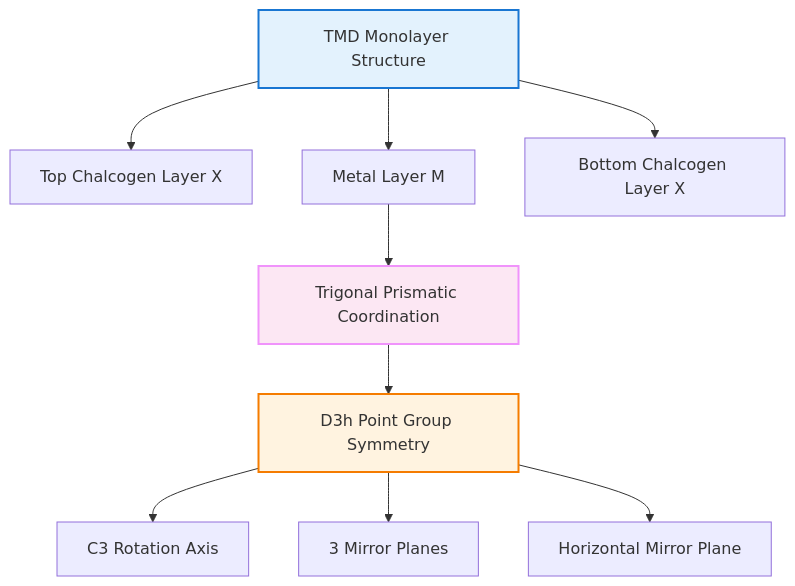
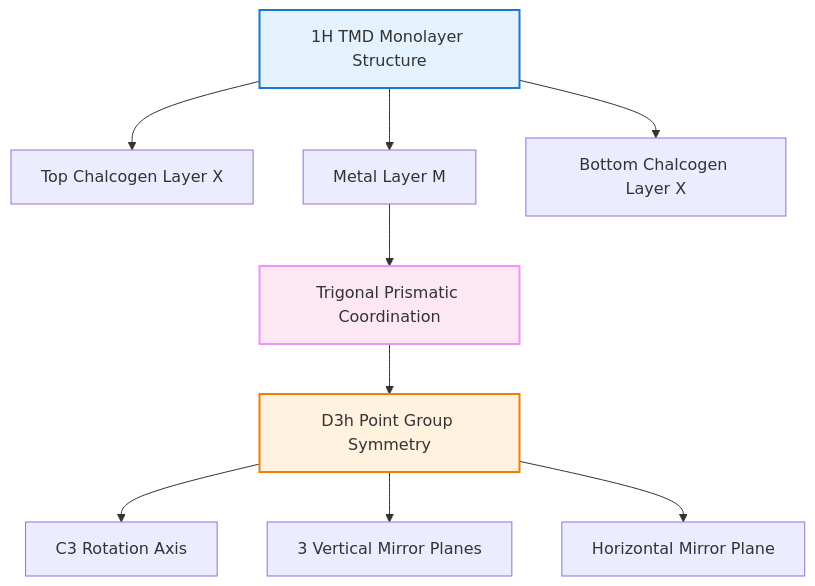
Before and after one commit to YusukeHashimotoLab/AI-Knowledge-Notes: the first of 3 diagrams in knowledge/en/MS/chiral-phonons/chapter-2.md, drawn with Mermaid. The commit also changed other lines of this file and 151 other files, not shown here.

````diff
--- a/knowledge/en/MS/chiral-phonons/chapter-2.md
+++ b/knowledge/en/MS/chiral-phonons/chapter-2.md
@@ -63,15 +63,15 @@
 ```mermaid
 graph TD
-    A[TMD Monolayer Structure] --> B[Top Chalcogen Layer X]
+    A[1H TMD Monolayer Structure] --> B[Top Chalcogen Layer X]
     A --> C[Metal Layer M]
     A --> D[Bottom Chalcogen Layer X]
     C --> E[Trigonal Prismatic Coordination]
     E --> F[D3h Point Group Symmetry]
     F --> G[C3 Rotation Axis]
-    F --> H[3 Mirror Planes]
+    F --> H[3 Vertical Mirror Planes]
     F --> I[Horizontal Mirror Plane]
 
     style A fill:#e3f2fd,stroke:#1976d2,stroke-width:2px
     style E fill:#fce7f3,stroke:#f093fb,stroke-width:2px
     style F fill:#fff3e0,stroke:#f57c00,stroke-width:2px
 ```
````
